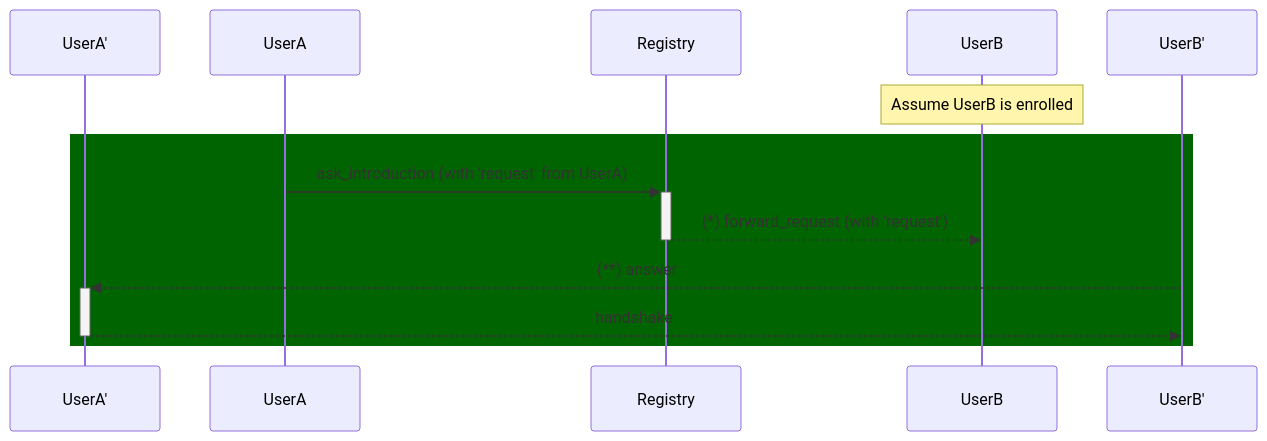
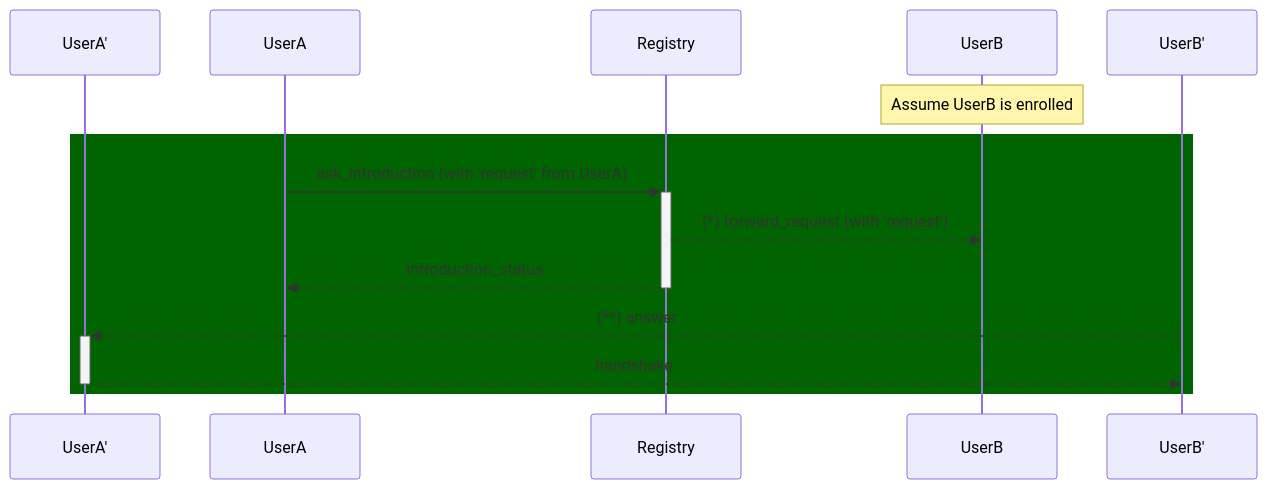
Before and after one commit to FabioPinheiro/scala-did: the second of 4 diagrams in did/shared/src/main/scala/fmgp/did/comm/protocol/chatriqube/discovery/discovery-protocol.md, drawn with Mermaid. The commit also changed other lines of this file and 1 other file, not shown here.

````diff
--- a/did/shared/src/main/scala/fmgp/did/comm/protocol/chatriqube/discovery/discovery-protocol.md
+++ b/did/shared/src/main/scala/fmgp/did/comm/protocol/chatriqube/discovery/discovery-protocol.md
@@ -50,17 +34,18 @@
 ```mermaid
 sequenceDiagram
   participant UserA'
   participant UserA
   participant Registry
   participant UserB
   participant UserB'
 
   Note over UserB: Assume UserB is enrolled
 
   rect rgb(0, 100, 0)
     UserA ->>+ Registry: ask_introduction (with 'request' from UserA)
-    Registry -->>- UserB: (*) forward_request (with 'request')
+    Registry -->> UserB: (*) forward_request (with 'request')
+    Registry -->>- UserA: introduction_status
     UserB' -->>+ UserA': (**) answer
     UserA' -->>- UserB': handshake
   end
 ```
````
